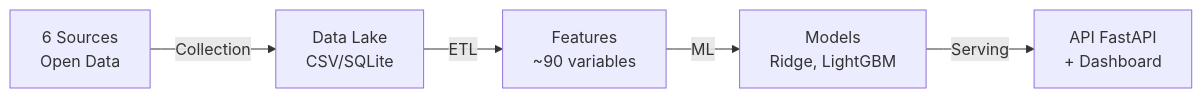
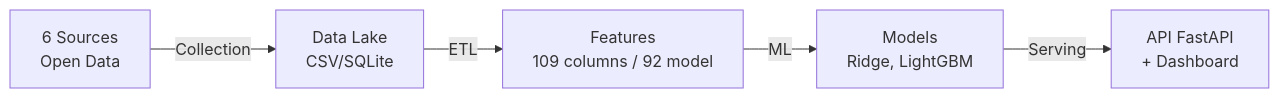
The diagram in README.md (PDUCLOS/Projet-HVAC), drawn with Mermaid before and after one commit. The commit also changed other lines of this file and 7 other files, not shown here.

````diff
--- a/README.md
+++ b/README.md
@@ -32,7 +32,7 @@
 ```mermaid
 graph LR
     A[6 Sources<br/>Open Data] -->|Collection| B[Data Lake<br/>CSV/SQLite]
-    B -->|ETL| C[Features<br/>~90 variables]
+    B -->|ETL| C[Features<br/>109 columns / 92 model]
     C -->|ML| D[Models<br/>Ridge, LightGBM]
     D -->|Serving| E[API FastAPI<br/>+ Dashboard]
 ```
````
